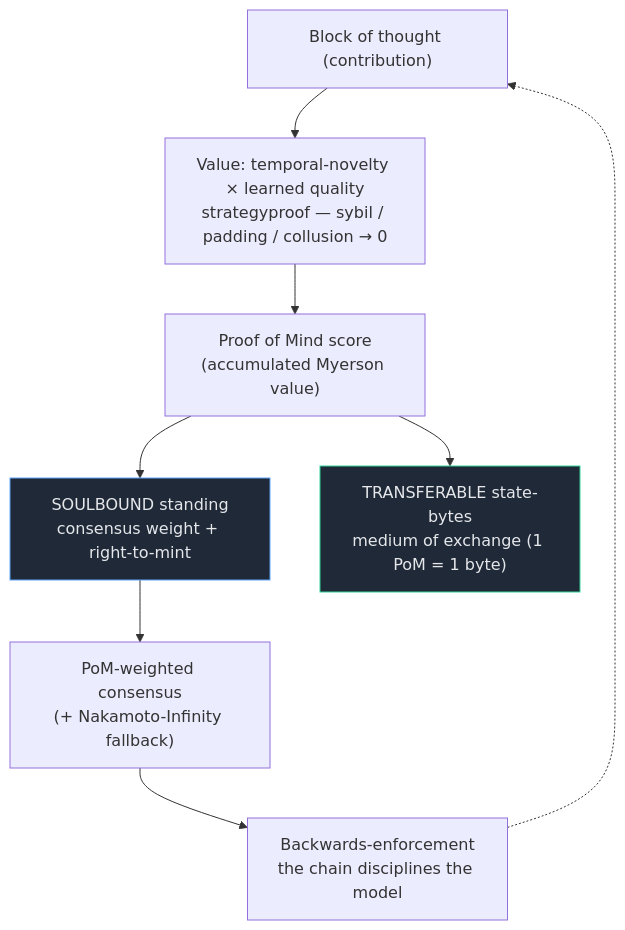
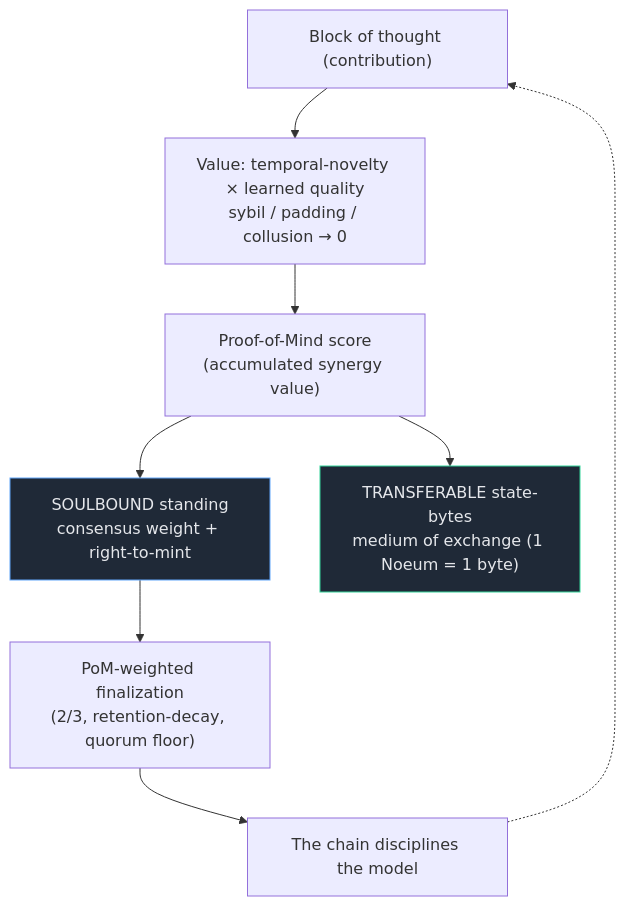
Before and after one commit to WGlynn/noesis: the diagram in README.md, drawn with Mermaid. The commit also changed other lines of this file and 49 other files, not shown here.

````diff
--- a/README.md
+++ b/README.md
@@ -8,14 +21,14 @@
 ```mermaid
 flowchart TD
-  CONTRIB["Block of thought (contribution)"] --> VAL["Value: temporal-novelty × learned quality<br/>strategyproof — sybil / padding / collusion → 0"]
-  VAL --> POM["Proof of Mind score<br/>(accumulated Myerson value)"]
+  CONTRIB["Block of thought (contribution)"] --> VAL["Value: temporal-novelty × learned quality<br/>sybil / padding / collusion → 0"]
+  VAL --> POM["Proof-of-Mind score<br/>(accumulated synergy value)"]
   POM --> STAND["SOULBOUND standing<br/>consensus weight + right-to-mint"]
-  POM --> BYTES["TRANSFERABLE state-bytes<br/>medium of exchange (1 PoM = 1 byte)"]
-  STAND --> CONS["PoM-weighted consensus<br/>(+ Nakamoto-Infinity fallback)"]
-  CONS --> ENF["Backwards-enforcement<br/>the chain disciplines the model"]
+  POM --> BYTES["TRANSFERABLE state-bytes<br/>medium of exchange (1 Noeum = 1 byte)"]
+  STAND --> CONS["PoM-weighted finalization<br/>(2/3, retention-decay, quorum floor)"]
+  CONS --> ENF["The chain disciplines the model"]
   ENF -.-> CONTRIB
   classDef sb fill:#1f2937,stroke:#60a5fa,color:#e5e7eb;
   classDef tr fill:#1f2937,stroke:#34d399,color:#e5e7eb;
   class STAND sb
   class BYTES tr
 ```
````
